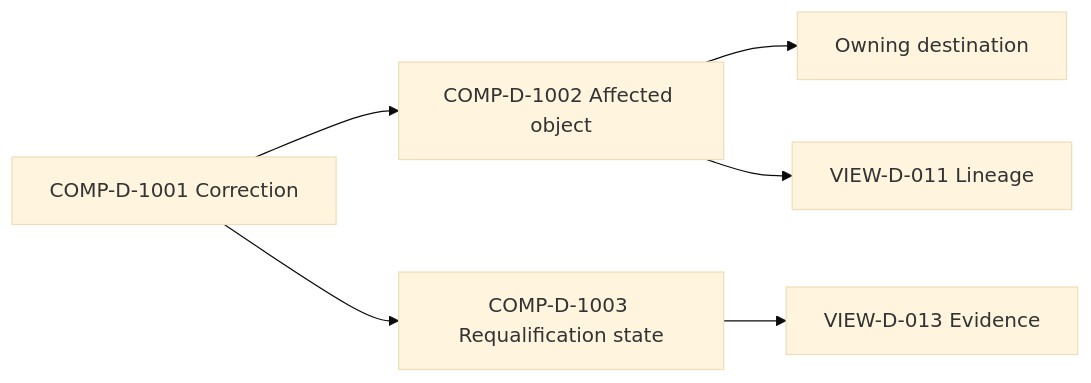
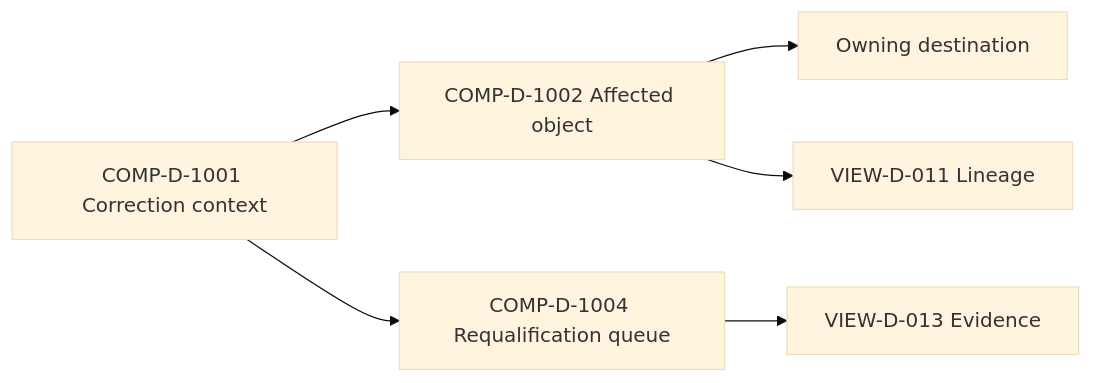
One commit to Entif-AI/Bilqis changed diagram 11 of 18 in docs/architecture/mission-control-design/FLOWS.md. Above: the diagram before and after it, drawn with Mermaid (base theme). The commit also changed other lines of this file and 7 other files, not shown here.

Commit message:
docs(mission-control): make atlas target-state flowcharts

````diff
--- a/docs/architecture/mission-control-design/FLOWS.md
+++ b/docs/architecture/mission-control-design/FLOWS.md
@@ -158,8 +158,8 @@
 ```mermaid
 flowchart LR
-  A[COMP-D-1001 Correction] --> B[COMP-D-1002 Affected object]
+  A[COMP-D-1001 Correction context] --> B[COMP-D-1002 Affected object]
   B --> C[Owning destination]
-  A --> D[COMP-D-1003 Requalification state]
+  A --> D[COMP-D-1004 Requalification queue]
   D --> E[VIEW-D-013 Evidence]
   B --> F[VIEW-D-011 Lineage]
 ```
````
